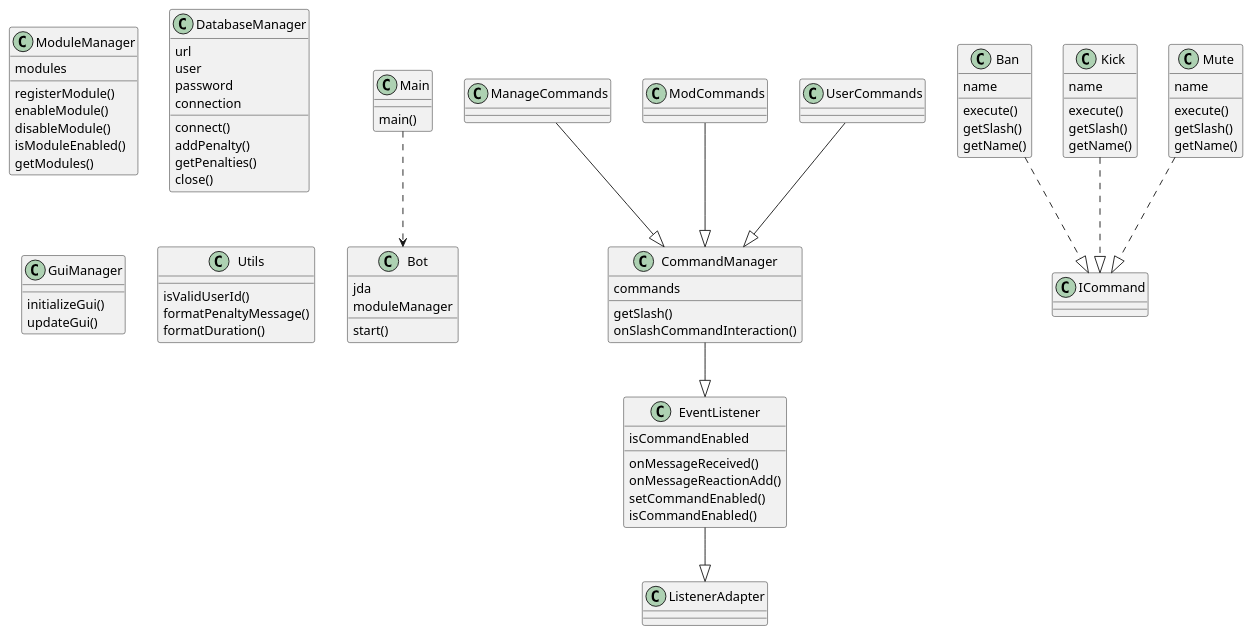
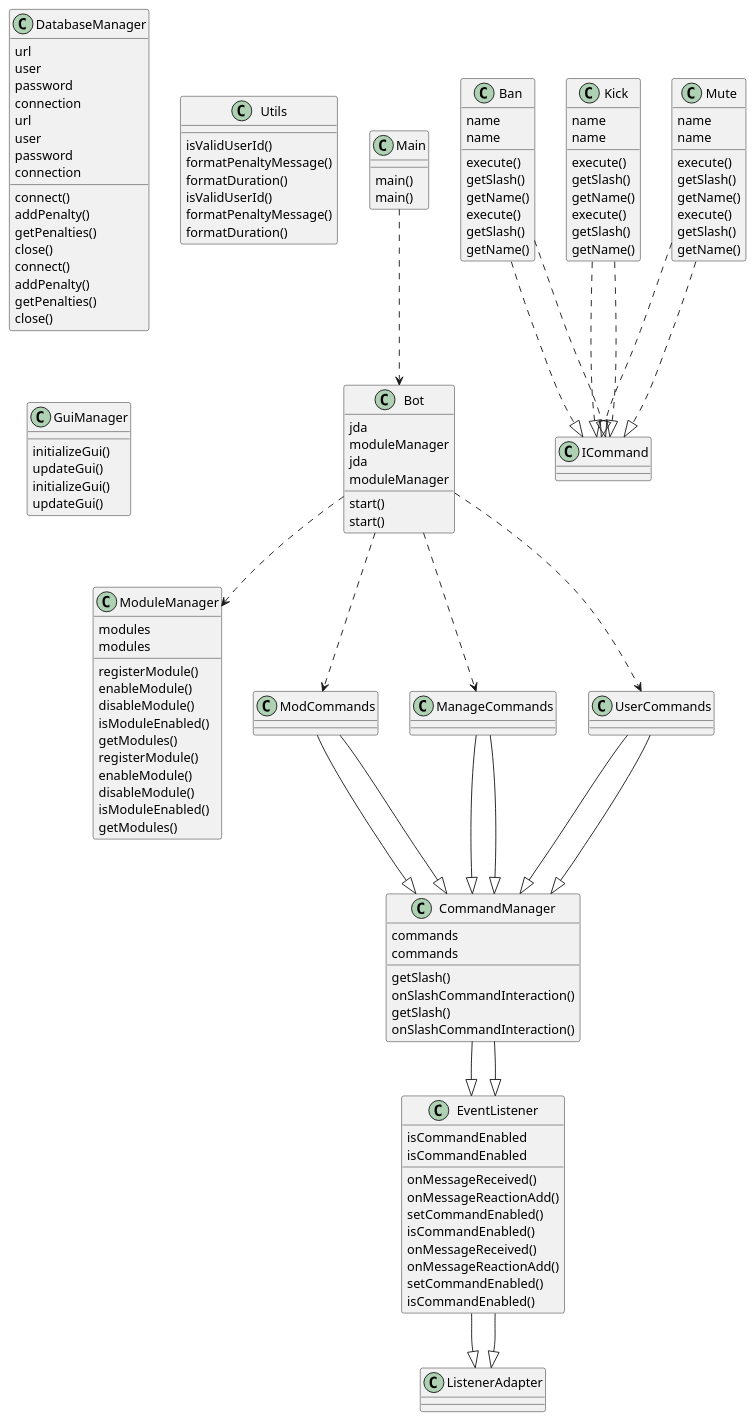
One commit to PelayoPS/DiscordBot_app changed the diagram in uml_output/diagram.puml. Above: the diagram before and after it, drawn with PlantUML. The commit also changed 1 other file, not shown here.

```diff
--- a/uml_output/diagram.puml
+++ b/uml_output/diagram.puml
@@ -1,82 +1,165 @@
 @startuml diagrama
+class Main {
+  main()
+}
 class Bot {
   jda
   moduleManager
   start()
 }
-class Main {
-  main()
+class EventListener {
+  isCommandEnabled
+  onMessageReceived()
+  onMessageReactionAdd()
+  setCommandEnabled()
+  isCommandEnabled()
 }
-Main ..> Bot
+EventListener --|> ListenerAdapter
 class ModuleManager {
   modules
   registerModule()
   enableModule()
   disableModule()
   isModuleEnabled()
   getModules()
 }
 class CommandManager {
   commands
   getSlash()
   onSlashCommandInteraction()
 }
 CommandManager --|> EventListener
+class ModCommands {
+}
+ModCommands --|> CommandManager
 class ManageCommands {
 }
 ManageCommands --|> CommandManager
-class ModCommands {
-}
-ModCommands --|> CommandManager
 class UserCommands {
 }
 UserCommands --|> CommandManager
 class Ban {
   name
   execute()
   getSlash()
   getName()
 }
 Ban ..|> ICommand
 class Kick {
   name
   execute()
   getSlash()
   getName()
 }
 Kick ..|> ICommand
 class Mute {
   name
   execute()
   getSlash()
   getName()
 }
 Mute ..|> ICommand
 class DatabaseManager {
   url
   user
   password
   connection
   connect()
   addPenalty()
   getPenalties()
   close()
 }
+class Utils {
+  isValidUserId()
+  formatPenaltyMessage()
+  formatDuration()
+}
+class GuiManager {
+  initializeGui()
+  updateGui()
+}
+class Main {
+  main()
+}
+Main ..> Bot
+class Bot {
+  jda
+  moduleManager
+  start()
+}
+Bot ..> ModuleManager
+Bot ..> ModCommands
+Bot ..> ManageCommands
+Bot ..> UserCommands
 class EventListener {
   isCommandEnabled
   onMessageReceived()
   onMessageReactionAdd()
   setCommandEnabled()
   isCommandEnabled()
 }
 EventListener --|> ListenerAdapter
-class GuiManager {
-  initializeGui()
-  updateGui()
+class ModuleManager {
+  modules
+  registerModule()
+  enableModule()
+  disableModule()
+  isModuleEnabled()
+  getModules()
+}
+class CommandManager {
+  commands
+  getSlash()
+  onSlashCommandInteraction()
+}
+CommandManager --|> EventListener
+class ModCommands {
+}
+ModCommands --|> CommandManager
+class ManageCommands {
+}
+ManageCommands --|> CommandManager
+class UserCommands {
+}
+UserCommands --|> CommandManager
+class Ban {
+  name
+  execute()
+  getSlash()
+  getName()
+}
+Ban ..|> ICommand
+class Kick {
+  name
+  execute()
+  getSlash()
+  getName()
+}
+Kick ..|> ICommand
+class Mute {
+  name
+  execute()
+  getSlash()
+  getName()
+}
+Mute ..|> ICommand
+class DatabaseManager {
+  url
+  user
+  password
+  connection
+  connect()
+  addPenalty()
+  getPenalties()
+  close()
 }
 class Utils {
   isValidUserId()
   formatPenaltyMessage()
   formatDuration()
 }
+class GuiManager {
+  initializeGui()
+  updateGui()
+}
 @enduml
```
